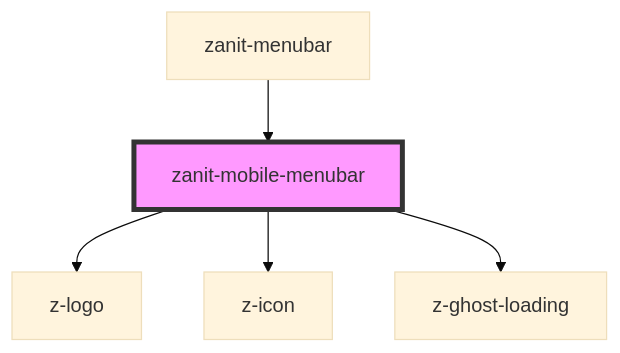
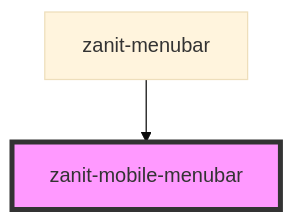
The diagram in src/components/menubar/mobile-menubar/readme.md (ZanichelliEditore/zanichelli-it-frontend-kit), drawn with Mermaid (base theme) before and after one commit. The commit also changed other lines of this file and 9 other files, not shown here.

Commit message:
remove albe-web-components imports to prevent having the whole library in the bundle; more fixes to ghost loading; fix css export path

````diff
--- a/src/components/menubar/mobile-menubar/readme.md
+++ b/src/components/menubar/mobile-menubar/readme.md
@@ -42,8 +36,5 @@
 ```mermaid
 graph TD;
-  zanit-mobile-menubar --> z-logo
-  zanit-mobile-menubar --> z-icon
-  zanit-mobile-menubar --> z-ghost-loading
   zanit-menubar --> zanit-mobile-menubar
   style zanit-mobile-menubar fill:#f9f,stroke:#333,stroke-width:4px
 ```
````
